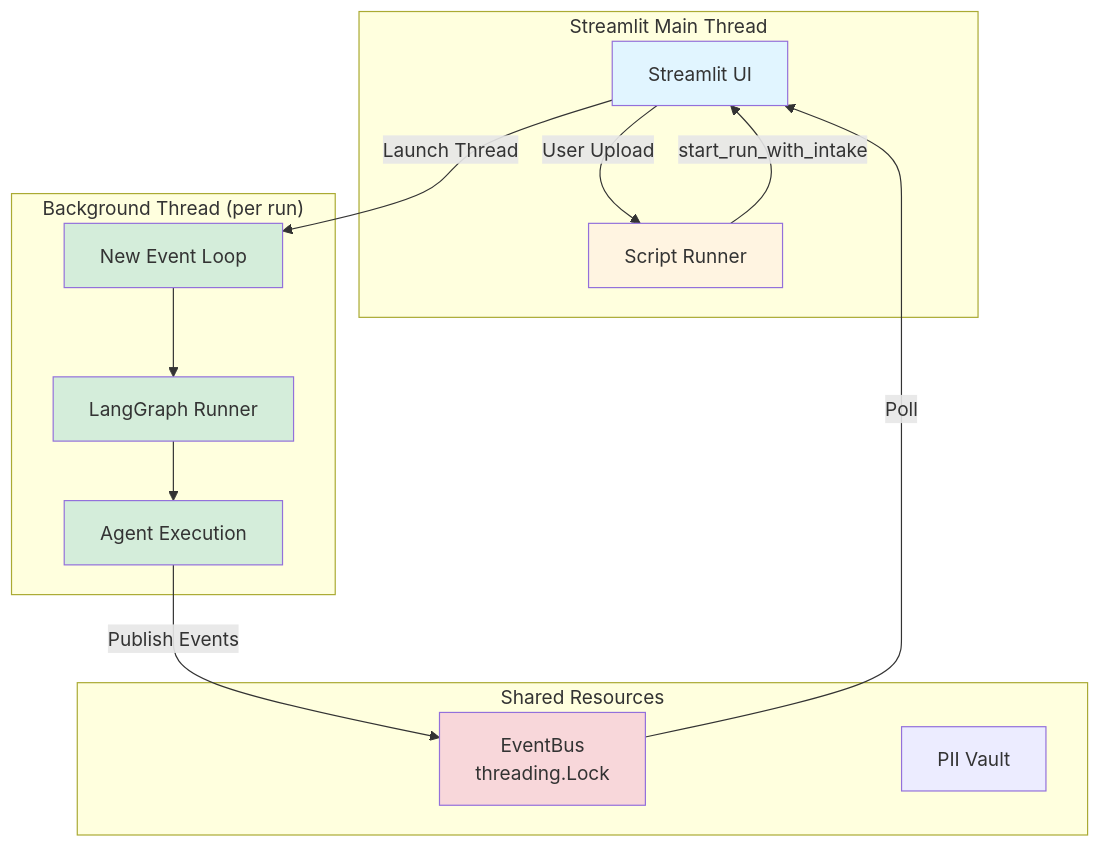
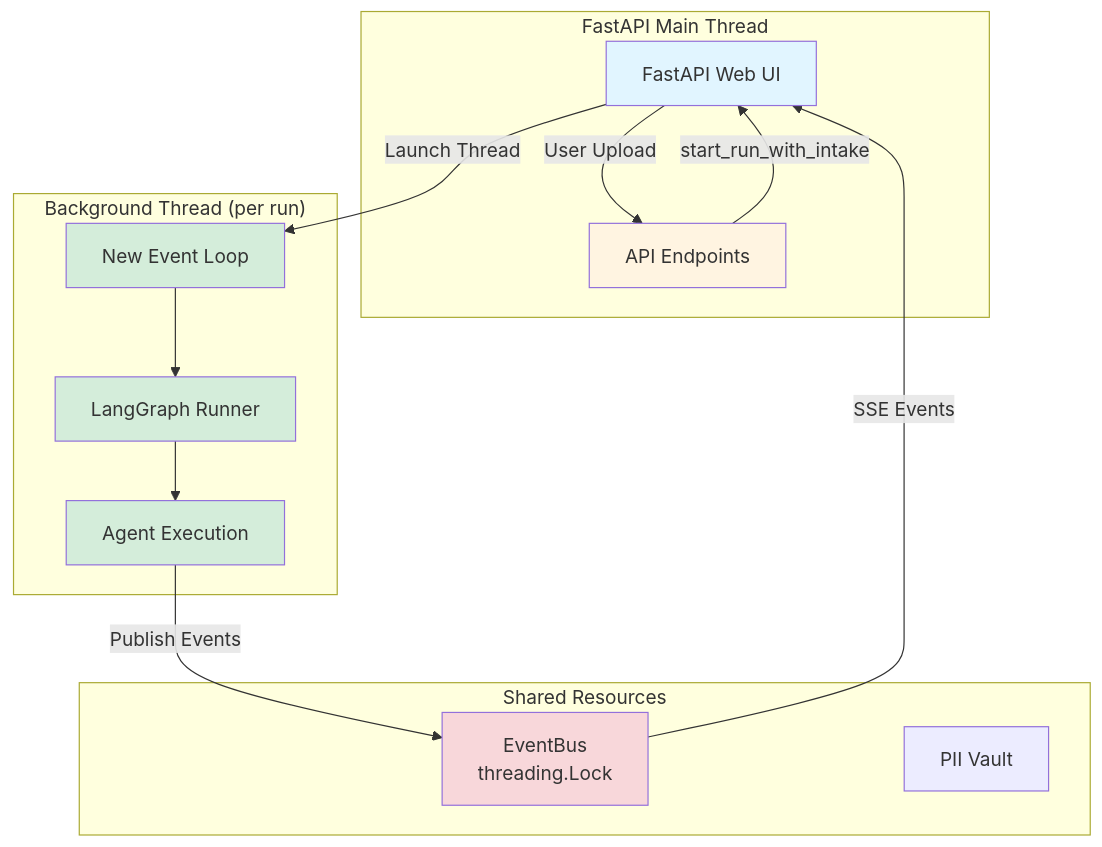
One commit to Emperor-4037/ScholarLift changed the seventh of 7 diagrams in ARCHITECTURE.md. Above: the diagram before and after it, drawn with Mermaid. The commit also changed other lines of this file and 8 other files, not shown here.

First line of the commit message:
Update architecture diagrams and remove unnecessary documentation files

````diff
--- a/ARCHITECTURE.md
+++ b/ARCHITECTURE.md
@@ -357,33 +357,33 @@
 ```mermaid
 graph TB
-    subgraph "Streamlit Main Thread"
-        UI[Streamlit UI]
-        SCRIPT[Script Runner]
+    subgraph "FastAPI Main Thread"
+        UI[FastAPI Web UI]
+        API[API Endpoints]
     end
 
     subgraph "Background Thread (per run)"
         BG_LOOP[New Event Loop]
         GRAPH[LangGraph Runner]
         AGENTS[Agent Execution]
     end
 
     subgraph "Shared Resources"
         BUS[EventBus<br/>threading.Lock]
         VAULT[PII Vault]
     end
 
-    UI -->|User Upload| SCRIPT
-    SCRIPT -->|start_run_with_intake| UI
+    UI -->|User Upload| API
+    API -->|start_run_with_intake| UI
     UI -->|Launch Thread| BG_LOOP
     BG_LOOP --> GRAPH
     GRAPH --> AGENTS
     AGENTS -->|Publish Events| BUS
-    BUS -->|Poll| UI
+    BUS -->|SSE Events| UI
 
     style UI fill:#e1f5ff
-    style SCRIPT fill:#fff4e1
+    style API fill:#fff4e1
     style BG_LOOP fill:#d4edda
     style GRAPH fill:#d4edda
     style AGENTS fill:#d4edda
     style BUS fill:#f8d7da
 ```
````
